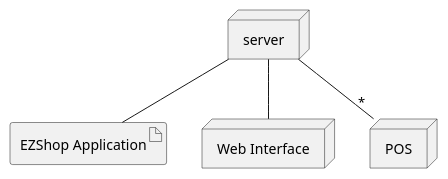
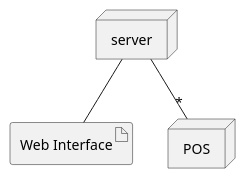
One commit to zitabou/EZShop changed the fifth of 5 diagrams in Deliverables/RequirementsDocument.md. Above: the diagram before and after it, drawn with PlantUML. The commit also changed other lines of this file, not shown here.

````diff
--- a/Deliverables/RequirementsDocument.md
+++ b/Deliverables/RequirementsDocument.md
@@ -877,9 +878,7 @@
 ```plantuml
-artifact "EZShop Application" as ezshop
-node "Web Interface" as wi
+artifact "Web Interface" as ezshop
 node "server" as s
 node "POS" as pc
-s -- wi
 s -- ezshop
 s -- "*" pc
 ```
````
